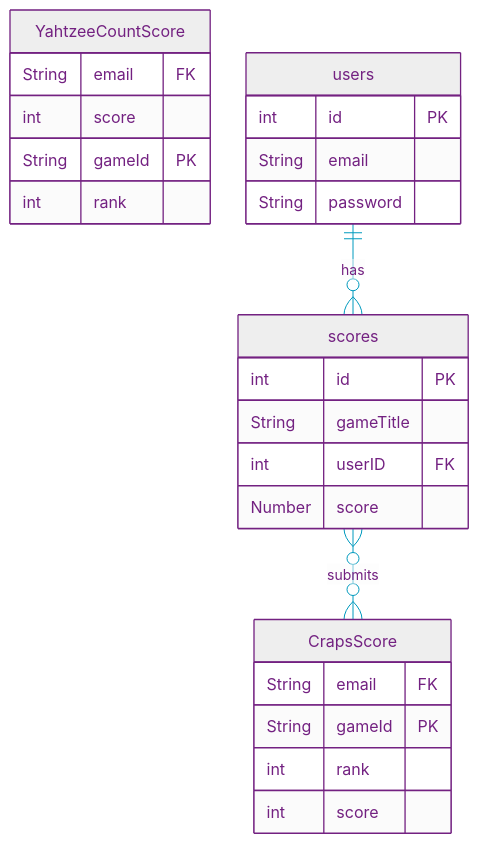
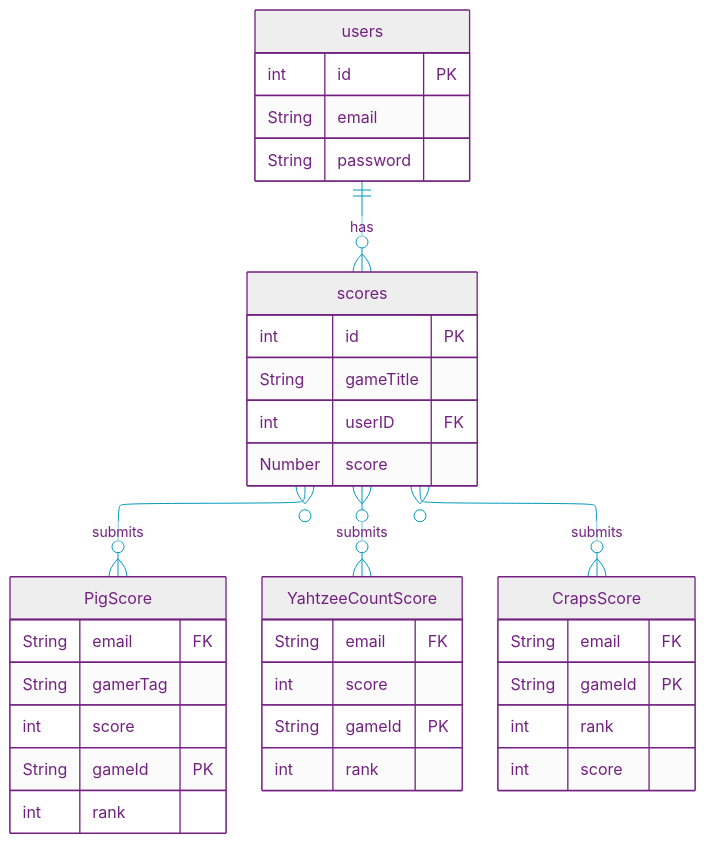
Before and after one commit to null-0ne/COSA-195-Gamehub: the diagram in uml/erd.md, drawn with Mermaid. The commit also changed 2 other files, not shown here.

Commit message:
ICD, ERD, and SEQ started Preston/Riley

````diff
--- a/uml/erd.md
+++ b/uml/erd.md
@@ -3,51 +3,50 @@
 ```mermaid
 %%{init:{"securityLevel":"loose","layout":"elk","elk":{"nodePlacementStrategy":"NETWORK_SIMPLEX"},"theme":"base",
 "themeVariables":{"primaryColor":"#EEE","primaryTextColor":"#732181","primaryBorderColor":"#732181","lineColor":"#009ABE","noteBorderColor":"#732181","noteBkgColor":"#F38A00","activationBkgColor":"#F38A00"    }
 }}%%
 %%----------------------- MERMAID MARKUP BELOW --------------------%%
 erDiagram
 
+    PigScore {
+    String email FK
+    String gamerTag
+    int score
+    String gameId PK
+    int rank
+    }
 
 
-    %% User {
-    %%   String email
-    %%   int score
-    %%   String gameId
-    %% }
+    YahtzeeCountScore {
+      String email FK
+      int score
+      String gameId PK
+      int rank
+    }
 
-
-
-
-
-     YahtzeeCountScore {
-       String email FK
-       int score
-       String gameId PK
-       int rank
-     }
-
-     CrapsScore {
-       String email FK
-       String gameId PK
-       int rank
-       int score
-     }
+    CrapsScore {
+      String email FK
+      String gameId PK
+      int rank
+      int score
+    }
 
     scores {
       int id PK
       String gameTitle
       int userID FK
       Number score
     }
     users {
       int id PK
       String email
       String password
     }
 
     %% Relationships
     users ||--o{ scores : "has"
     scores }o--o{ CrapsScore : "submits"
+    scores }o--o{ YahtzeeCountScore : "submits"
+    scores }o--o{ PigScore : "submits"
 
 %%----------------------- MERMAID MARKUP ABOVE --------------------%%
 ```
````
